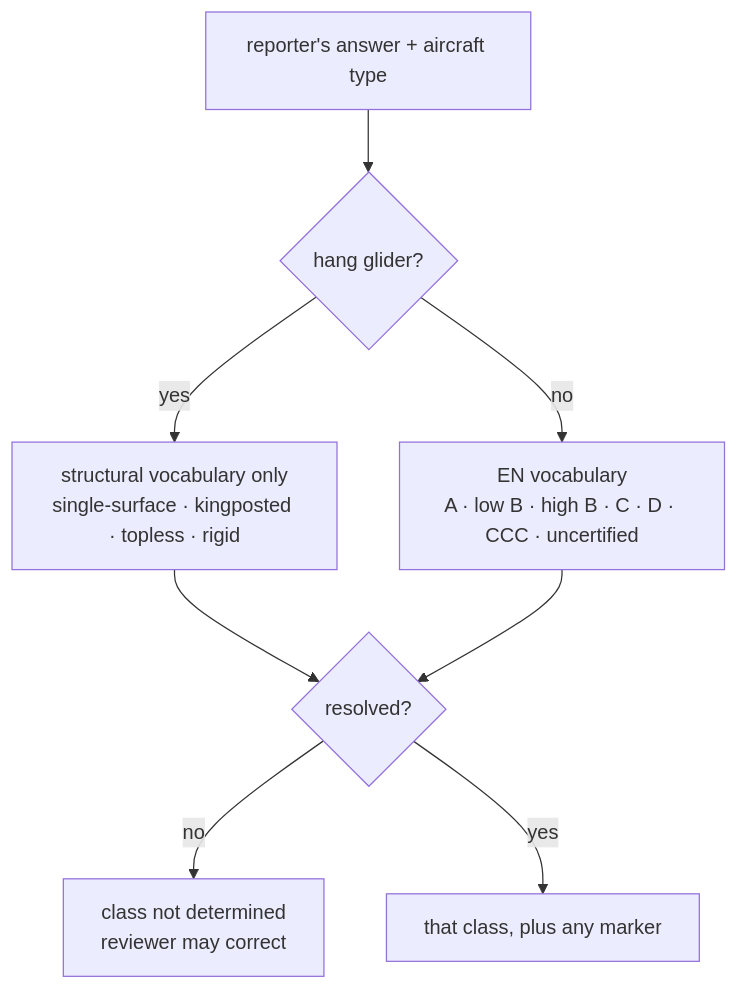
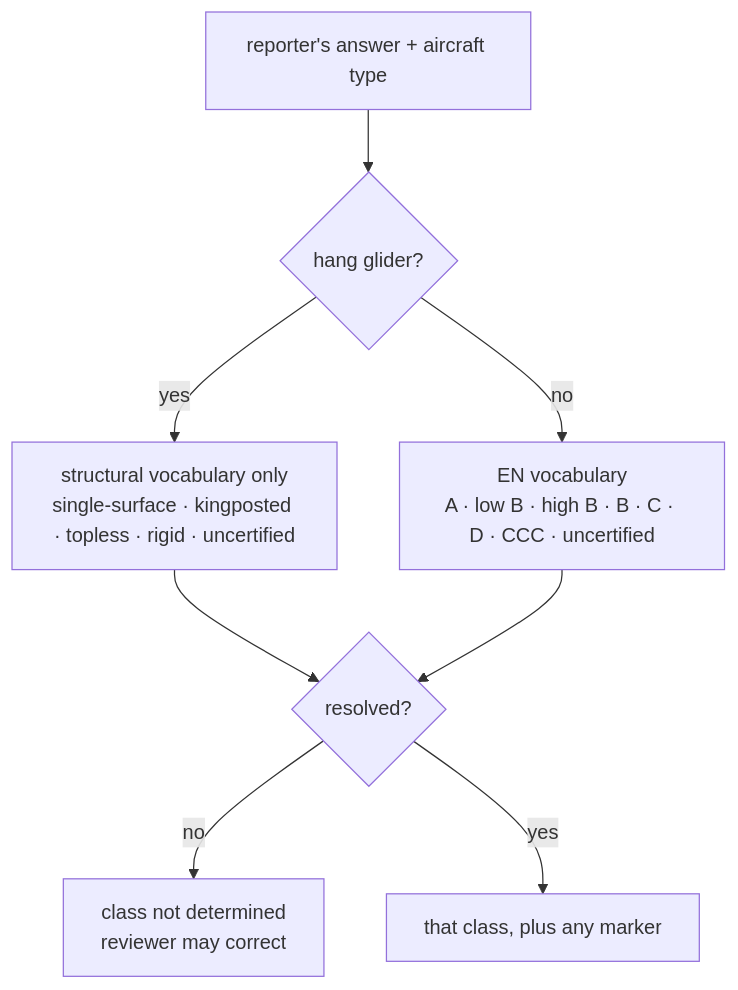
One commit to HPAC-Safety/safety-report changed the diagram in docs/decisions/ADR-0029-classification-is-deterministic-and-refuses-to-guess.md. Above: the diagram before and after it, drawn with Mermaid. The commit also changed other lines of this file and 6 other files, not shown here.

````diff
--- a/docs/decisions/ADR-0029-classification-is-deterministic-and-refuses-to-guess.md
+++ b/docs/decisions/ADR-0029-classification-is-deterministic-and-refuses-to-guess.md
@@ -50,10 +52,10 @@
 ```mermaid
 flowchart TD
     a["reporter's answer + aircraft type"] --> b{"hang glider?"}
-    b -->|yes| c["structural vocabulary only<br/>single-surface · kingposted · topless · rigid"]
-    b -->|no| d["EN vocabulary<br/>A · low B · high B · C · D · CCC · uncertified"]
+    b -->|yes| c["structural vocabulary only<br/>single-surface · kingposted · topless · rigid · uncertified"]
+    b -->|no| d["EN vocabulary<br/>A · low B · high B · B · C · D · CCC · uncertified"]
     c --> e{"resolved?"}
     d --> e
     e -->|no| f["class not determined<br/>reviewer may correct"]
     e -->|yes| g["that class, plus any marker"]
 ```
````
